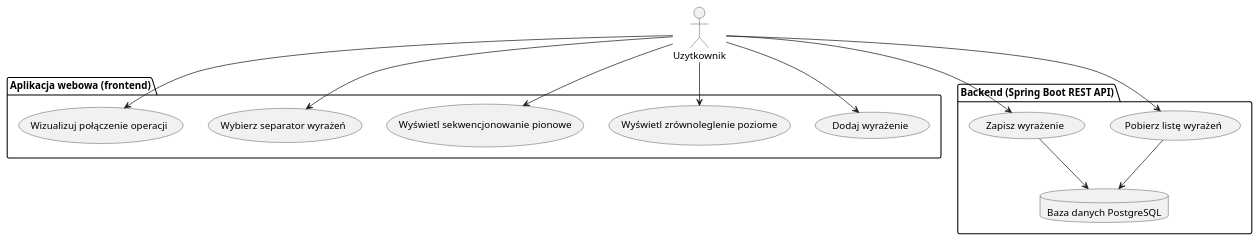
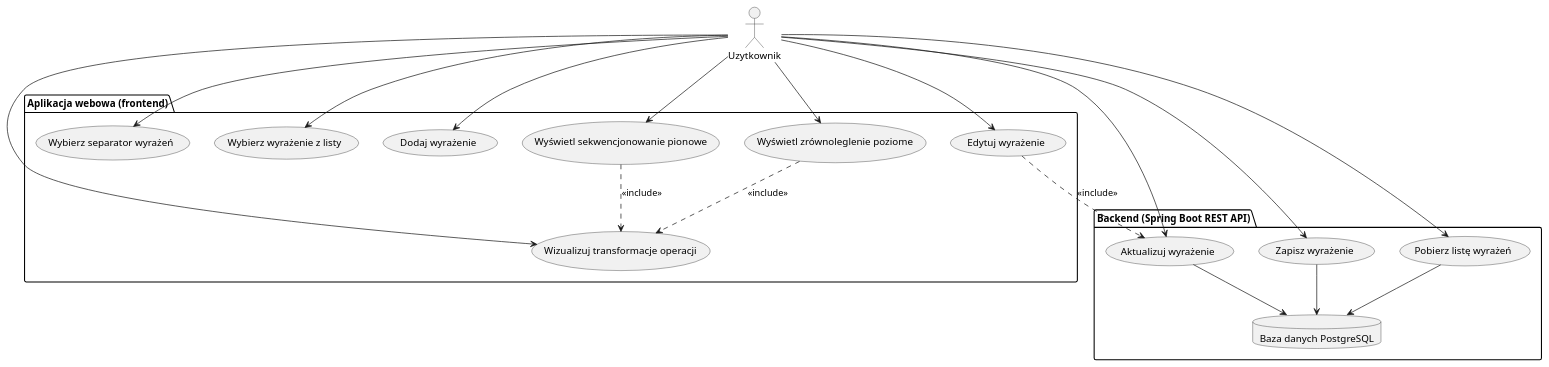
The diagram in documentation/diagrams/use_case/diagram.wsd (miluski/Uniterm), drawn with PlantUML before and after one commit. The commit also changed 25 other files, not shown here.

```diff
--- a/documentation/diagrams/use_case/diagram.wsd
+++ b/documentation/diagrams/use_case/diagram.wsd
@@ -1,29 +1,41 @@
 @startuml
 actor Uzytkownik
 
 package "Aplikacja webowa (frontend)" {
     (Dodaj wyrażenie)
+    (Edytuj wyrażenie)
     (Wyświetl zrównoleglenie poziome)
     (Wyświetl sekwencjonowanie pionowe)
     (Wybierz separator wyrażeń)
-    (Wizualizuj połączenie operacji)
+    (Wizualizuj transformacje operacji)
+    (Wybierz wyrażenie z listy)
 
     Uzytkownik --> (Dodaj wyrażenie)
+    Uzytkownik --> (Edytuj wyrażenie)
     Uzytkownik --> (Wyświetl zrównoleglenie poziome)
     Uzytkownik --> (Wyświetl sekwencjonowanie pionowe)
     Uzytkownik --> (Wybierz separator wyrażeń)
-    Uzytkownik --> (Wizualizuj połączenie operacji)
-}
+    Uzytkownik --> (Wizualizuj transformacje operacji)
+    Uzytkownik --> (Wybierz wyrażenie z listy)
+    
+    (Wyświetl zrównoleglenie poziome) ..> (Wizualizuj transformacje operacji) : <<include>>
+    (Wyświetl sekwencjonowanie pionowe) ..> (Wizualizuj transformacje operacji) : <<include>>
+} 
 
 package "Backend (Spring Boot REST API)" {
     (Pobierz listę wyrażeń)
     (Zapisz wyrażenie)
+    (Aktualizuj wyrażenie)
 
     Uzytkownik --> (Pobierz listę wyrażeń)
-    Uzytkownik --> (Zapisz wyrażenie)
+    Uzytkownik --> (Zapisz wyrażenie) 
+    Uzytkownik --> (Aktualizuj wyrażenie)
+    
+    (Edytuj wyrażenie) ..> (Aktualizuj wyrażenie) : <<include>>
 
     database "Baza danych PostgreSQL" as DB
     (Zapisz wyrażenie) --> DB
+    (Aktualizuj wyrażenie) --> DB
     (Pobierz listę wyrażeń) --> DB
 } 
 @enduml
```
